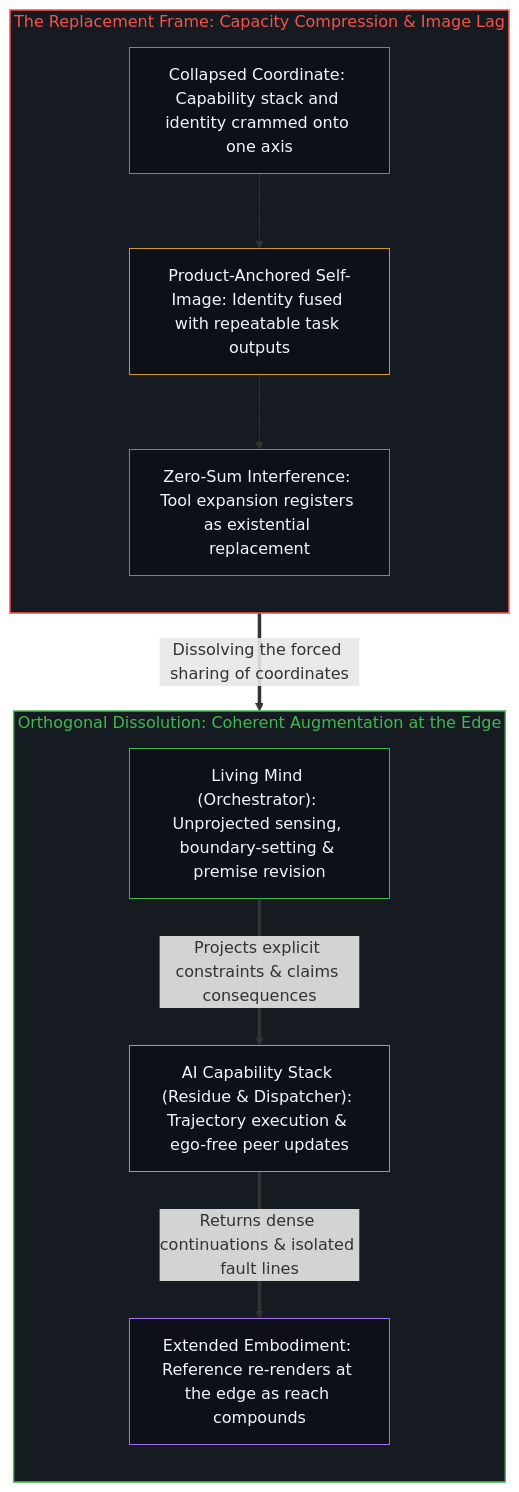
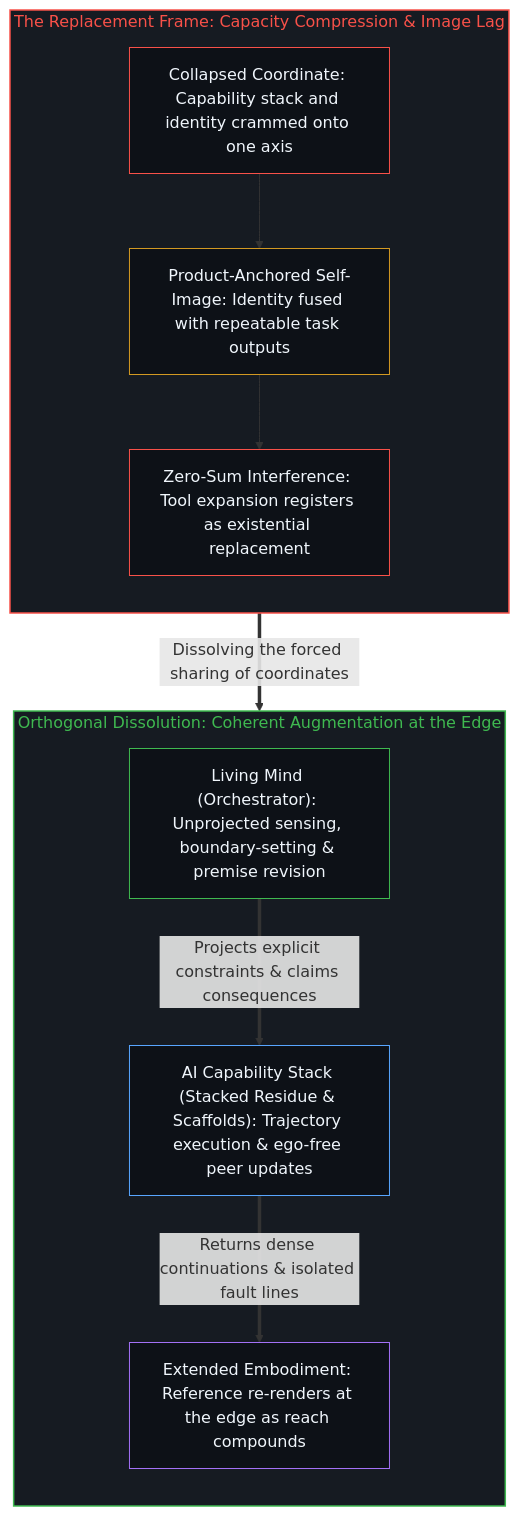
The second of 2 diagrams in content/posts/ai-as-augmentation.md (powerpig99/not-a-toe), drawn with Mermaid before and after one commit. The commit also changed other lines of this file and 12 other files, not shown here.

````diff
--- a/content/posts/ai-as-augmentation.md
+++ b/content/posts/ai-as-augmentation.md
@@ -88,30 +88,30 @@
 ```mermaid
 flowchart TD
     subgraph S_Collapse["The Replacement Frame: Capacity Compression & Image Lag"]
         direction TB
         Fuse["Collapsed Coordinate: Capability stack and identity crammed onto one axis"]
         Anchor["Product-Anchored Self-Image: Identity fused with repeatable task outputs"]
         Threat["Zero-Sum Interference: Tool expansion registers as existential replacement"]
         Fuse --> Anchor --> Threat
     end
 
     subgraph S_Augment["Orthogonal Dissolution: Coherent Augmentation at the Edge"]
         direction TB
         Mind["Living Mind (Orchestrator): Unprojected sensing, boundary-setting & premise revision"]
-        Stack["AI Capability Stack (Residue & Dispatcher): Trajectory execution & ego-free peer updates"]
+        Stack["AI Capability Stack (Stacked Residue & Scaffolds): Trajectory execution & ego-free peer updates"]
         Reach["Extended Embodiment: Reference re-renders at the edge as reach compounds"]
         Mind ==>|"Projects explicit constraints & claims consequences"| Stack
         Stack ==>|"Returns dense continuations & isolated fault lines"| Reach
     end
 
     Threat ==>|"Dissolving the forced sharing of coordinates"| Mind
 
     style S_Collapse fill:#161b22,stroke:#f85149,stroke-width:1.5px,color:#f85149
     style S_Augment fill:#161b22,stroke:#3fb950,stroke-width:1.5px,color:#3fb950
     style Fuse fill:#0d1117,stroke:#f85149,stroke-width:1px,color:#f0f6fc
     style Anchor fill:#0d1117,stroke:#d29922,stroke-width:1px,color:#f0f6fc
     style Threat fill:#0d1117,stroke:#f85149,stroke-width:1px,color:#f0f6fc
     style Mind fill:#0d1117,stroke:#3fb950,stroke-width:1px,color:#f0f6fc
     style Stack fill:#0d1117,stroke:#58a6ff,stroke-width:1px,color:#f0f6fc
     style Reach fill:#0d1117,stroke:#a371f7,stroke-width:1px,color:#f0f6fc
 ```
````
